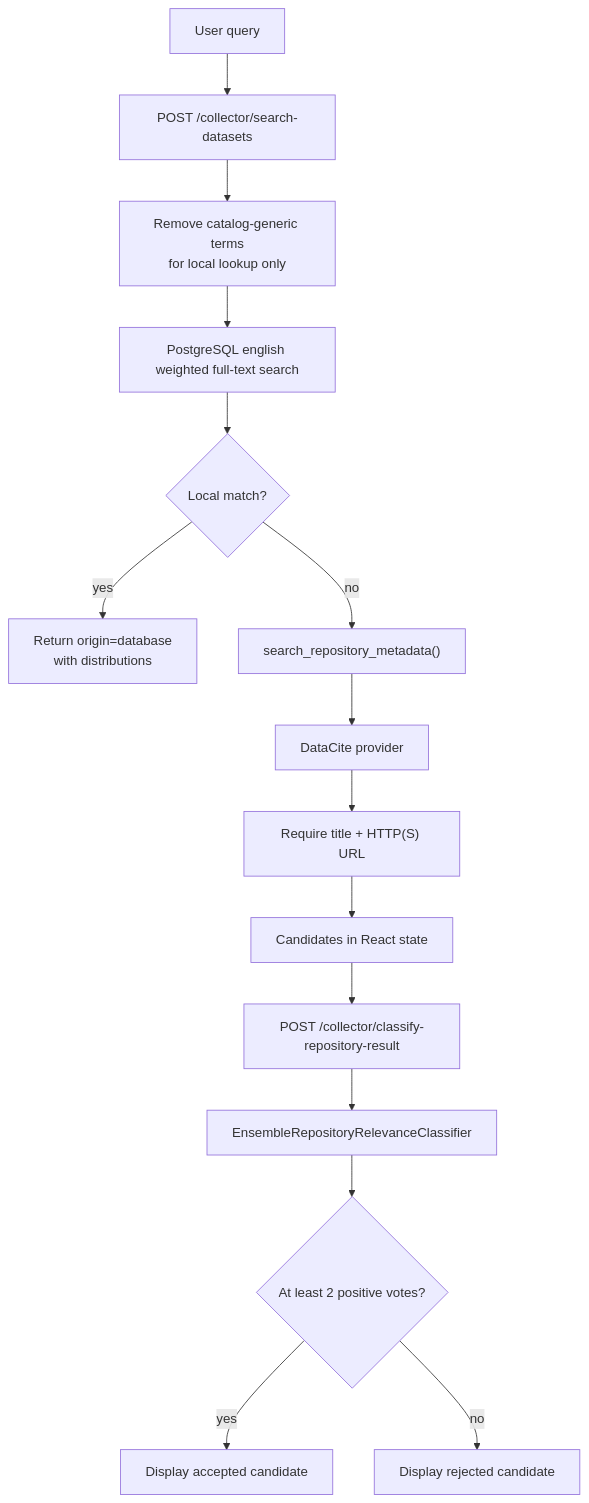
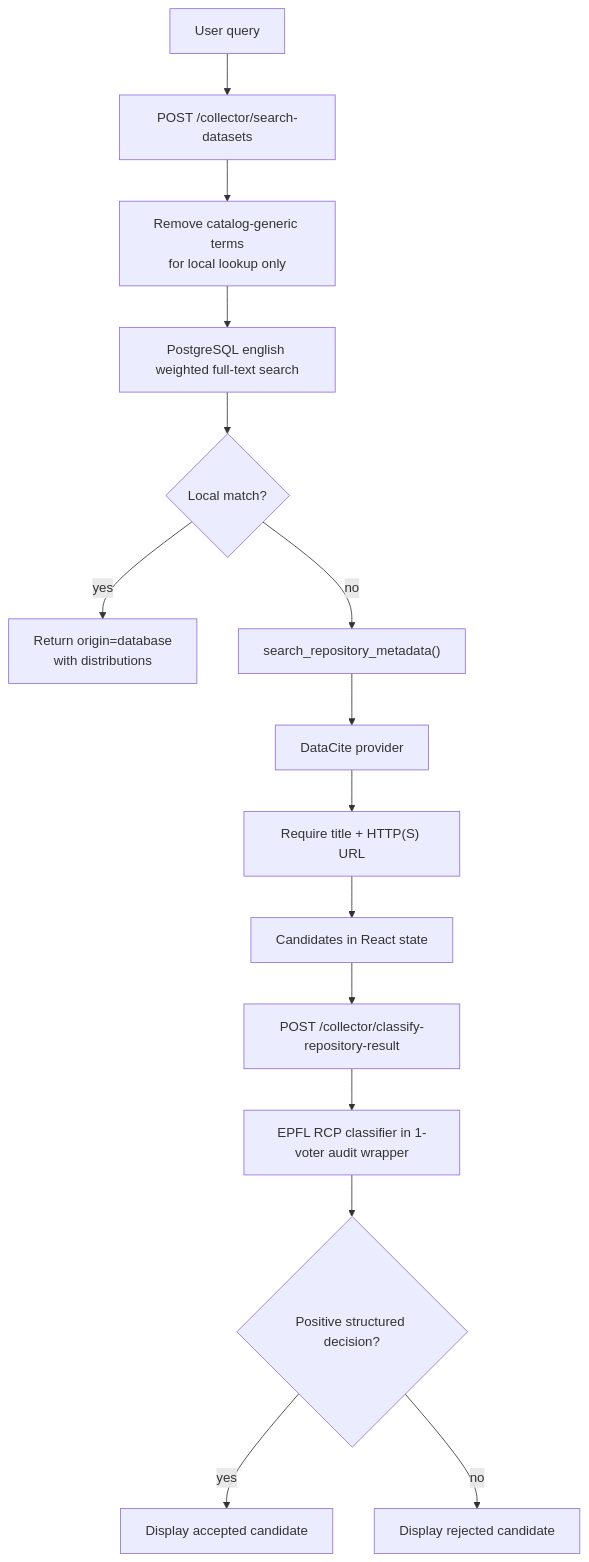
The second of 3 diagrams in docs/technical-design-document.md (nicolasberlin/global-health-dataset-catalog), drawn with Mermaid before and after one commit. The commit also changed other lines of this file and 33 other files, not shown here.

Commit message:
Switch default classifier to EPFL RCP

````diff
--- a/docs/technical-design-document.md
+++ b/docs/technical-design-document.md
@@ -98,17 +98,17 @@
 ```mermaid
 flowchart TD
     Query["User query"] --> SearchRoute["POST /collector/search-datasets"]
     SearchRoute --> LocalNormalize["Remove catalog-generic terms<br/>for local lookup only"]
     LocalNormalize --> LocalSearch["PostgreSQL english weighted full-text search"]
     LocalSearch --> LocalMatch{"Local match?"}
     LocalMatch -->|yes| LocalResults["Return origin=database<br/>with distributions"]
     LocalMatch -->|no| Service["search_repository_metadata()"]
     Service --> Provider["DataCite provider"]
     Provider --> Filter["Require title + HTTP(S) URL"]
     Filter --> UI["Candidates in React state"]
     UI --> ClassifyRoute["POST /collector/classify-repository-result"]
-    ClassifyRoute --> RepoEnsemble["EnsembleRepositoryRelevanceClassifier"]
-    RepoEnsemble --> Display{"At least 2 positive votes?"}
+    ClassifyRoute --> RepoClassifier["EPFL RCP classifier in 1-voter audit wrapper"]
+    RepoClassifier --> Display{"Positive structured decision?"}
     Display -->|yes| Accepted["Display accepted candidate"]
     Display -->|no| Rejected["Display rejected candidate"]
 ```
````
